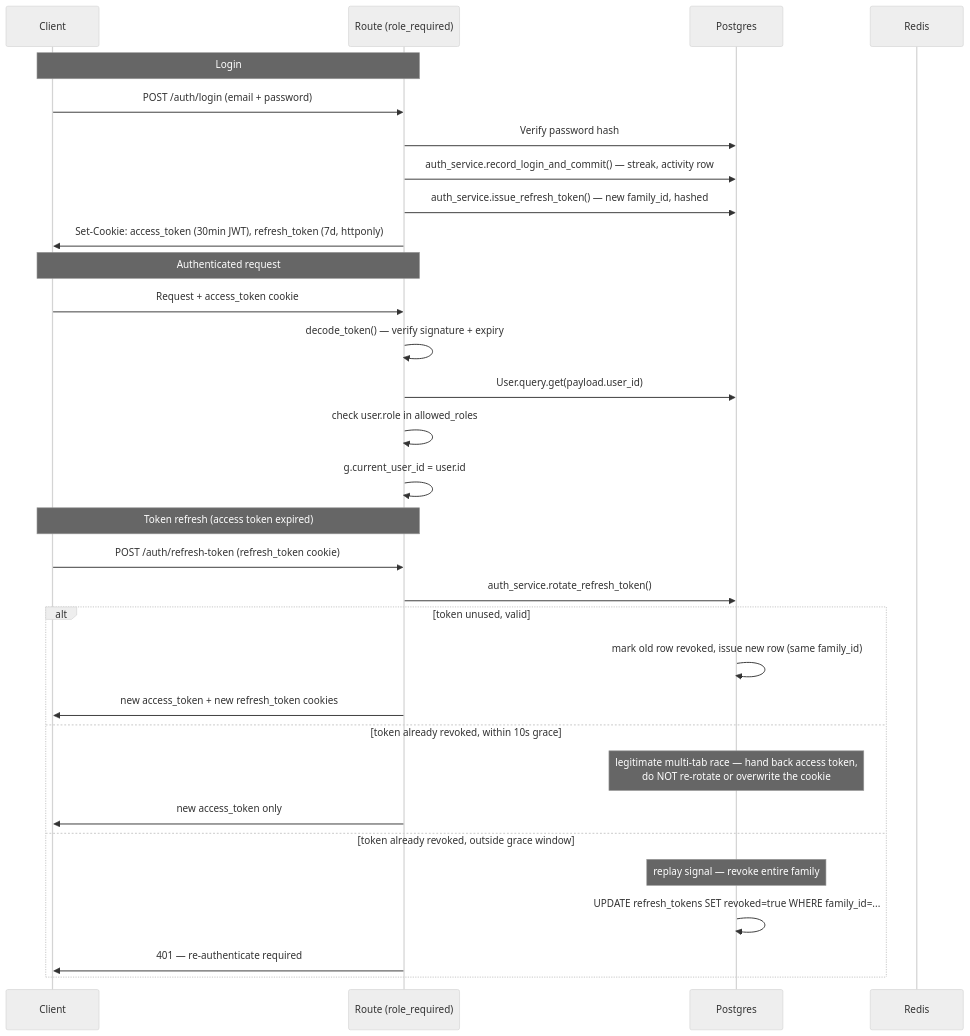
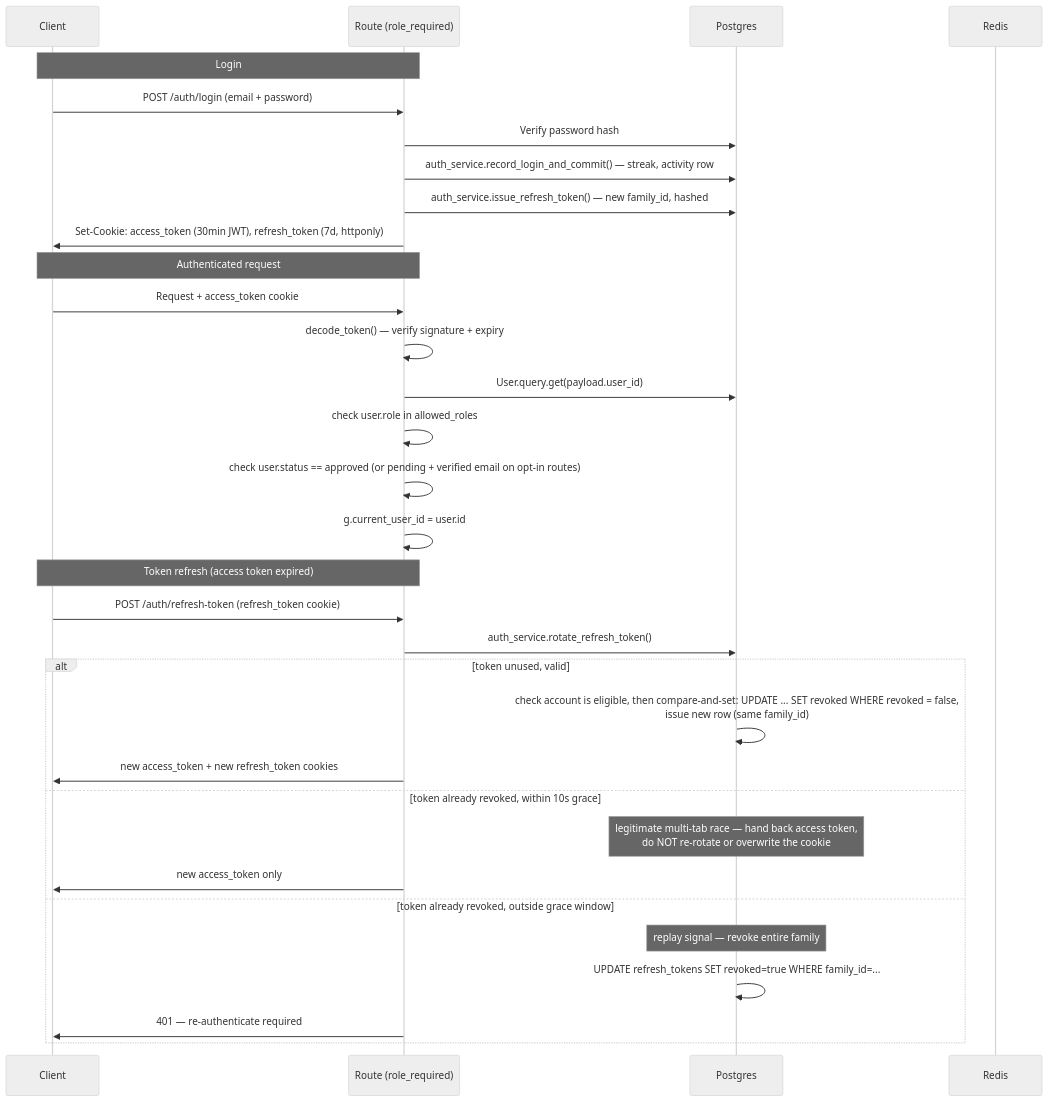
One commit to Devpaul-01/StudyHub changed the tenth of 15 diagrams in ARCHITECTURE.md. Above: the diagram before and after it, drawn with Mermaid (neutral theme). The commit also changed other lines of this file and 3 other files, not shown here.

First line of the commit message:
docs: update architecture, jobs, README and product overview for the auth changes

````diff
--- a/ARCHITECTURE.md
+++ b/ARCHITECTURE.md
@@ -332,36 +373,37 @@
 ```mermaid
 sequenceDiagram
     participant C as Client
     participant R as Route (role_required)
     participant DB as Postgres
     participant Redis as Redis
 
     Note over C,R: Login
     C->>R: POST /auth/login (email + password)
     R->>DB: Verify password hash
     R->>DB: auth_service.record_login_and_commit() — streak, activity row
     R->>DB: auth_service.issue_refresh_token() — new family_id, hashed
     R->>C: Set-Cookie: access_token (30min JWT), refresh_token (7d, httponly)
 
     Note over C,R: Authenticated request
     C->>R: Request + access_token cookie
     R->>R: decode_token() — verify signature + expiry
     R->>DB: User.query.get(payload.user_id)
     R->>R: check user.role in allowed_roles
+    R->>R: check user.status == approved (or pending + verified email on opt-in routes)
     R->>R: g.current_user_id = user.id
 
     Note over C,R: Token refresh (access token expired)
     C->>R: POST /auth/refresh-token (refresh_token cookie)
     R->>DB: auth_service.rotate_refresh_token()
     alt token unused, valid
-        DB->>DB: mark old row revoked, issue new row (same family_id)
+        DB->>DB: check account is eligible, then compare-and-set: UPDATE ... SET revoked WHERE revoked = false,<br/>issue new row (same family_id)
         R->>C: new access_token + new refresh_token cookies
     else token already revoked, within 10s grace
         Note over DB: legitimate multi-tab race — hand back access token,<br/>do NOT re-rotate or overwrite the cookie
         R->>C: new access_token only
     else token already revoked, outside grace window
         Note over DB: replay signal — revoke entire family
         DB->>DB: UPDATE refresh_tokens SET revoked=true WHERE family_id=...
         R->>C: 401 — re-authenticate required
     end
 ```
````
